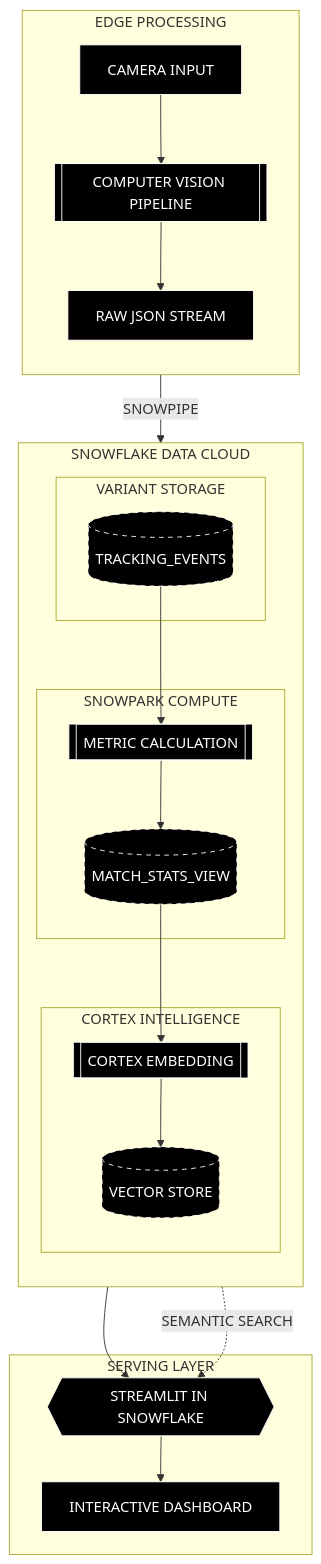
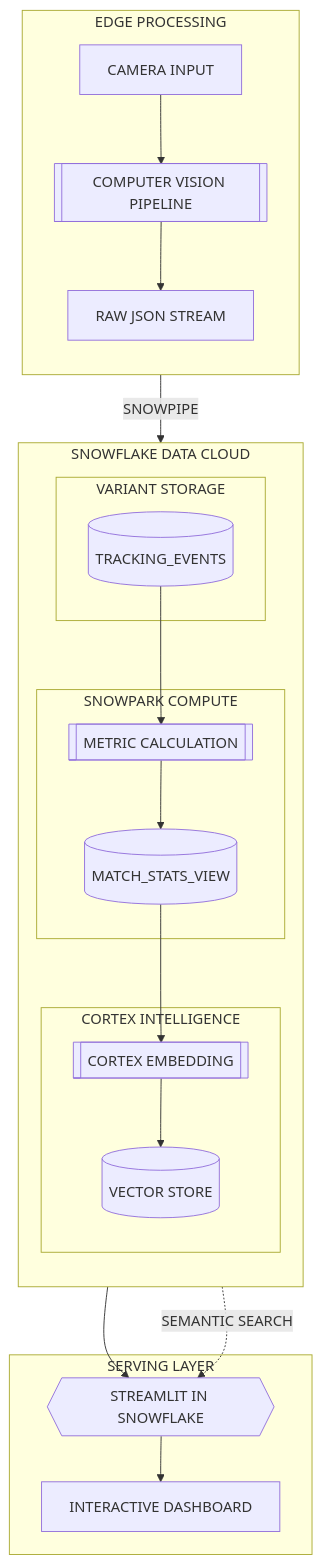
The second of 2 diagrams in README/README.md (akhilm2223/TT-HACKCOLUMBAI), drawn with Mermaid before and after one commit. The commit also changed other lines of this file, not shown here.

````diff
--- a/README/README.md
+++ b/README/README.md
@@ -86,65 +70,50 @@
 ```mermaid
-graph TB
-    %% High Contrast "Blueprint" Style
-    classDef box fill:#000,stroke:#fff,stroke-width:1px,color:#fff;
-    classDef proc fill:#000,stroke:#fff,stroke-width:2px,color:#fff;
-    classDef db fill:#000,stroke:#fff,stroke-width:1px,stroke-dasharray: 5 5,color:#fff;
-
-    %% ---------------------------------------------------------
+graph TD
     %% 1. INGESTION LAYER (EDGE)
-    %% ---------------------------------------------------------
     subgraph Edge [EDGE PROCESSING]
         direction TB
         Camera[CAMERA INPUT]
         CV[[COMPUTER VISION PIPELINE]]
         JSON[RAW JSON STREAM]
     end
 
-    %% ---------------------------------------------------------
     %% 2. DATA CLOUD (SNOWFLAKE)
-    %% ---------------------------------------------------------
     subgraph Snowflake [SNOWFLAKE DATA CLOUD]
         direction TB
 
         subgraph Storage [VARIANT STORAGE]
             RawTable[(TRACKING_EVENTS)]
         end
 
         subgraph Compute [SNOWPARK COMPUTE]
             FeatureEng[[METRIC CALCULATION]]
             StatsTable[(MATCH_STATS_VIEW)]
         end
 
         subgraph AI [CORTEX INTELLIGENCE]
             Embed[[CORTEX EMBEDDING]]
             VectorIndex[(VECTOR STORE)]
         end
     end
 
-    %% ---------------------------------------------------------
     %% 3. SERVING LAYER (SIS)
-    %% ---------------------------------------------------------
     subgraph App [SERVING LAYER]
         SiS{{STREAMLIT IN SNOWFLAKE}}
         Dashboard[INTERACTIVE DASHBOARD]
     end
 
     %% CONNECTIONS
     Camera --> CV
     CV --> JSON
     JSON -->|SNOWPIPE| RawTable
 
     RawTable --> FeatureEng
     FeatureEng --> StatsTable
 
     StatsTable --> Embed
     Embed --> VectorIndex
 
     StatsTable --> SiS
     VectorIndex -.->|SEMANTIC SEARCH| SiS
     SiS --> Dashboard
-
-    %% APPLY STYLES
-    class Camera,CV,JSON,FeatureEng,Embed,SiS,Dashboard box;
-    class RawTable,StatsTable,VectorIndex db;
 ```
````
